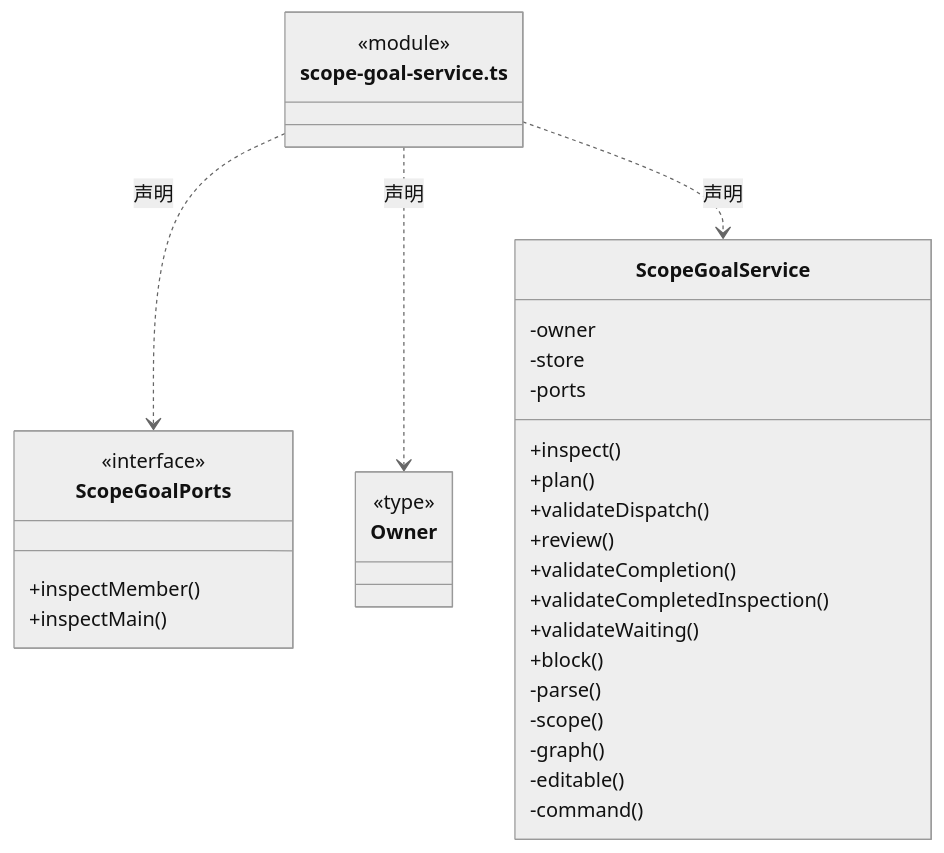
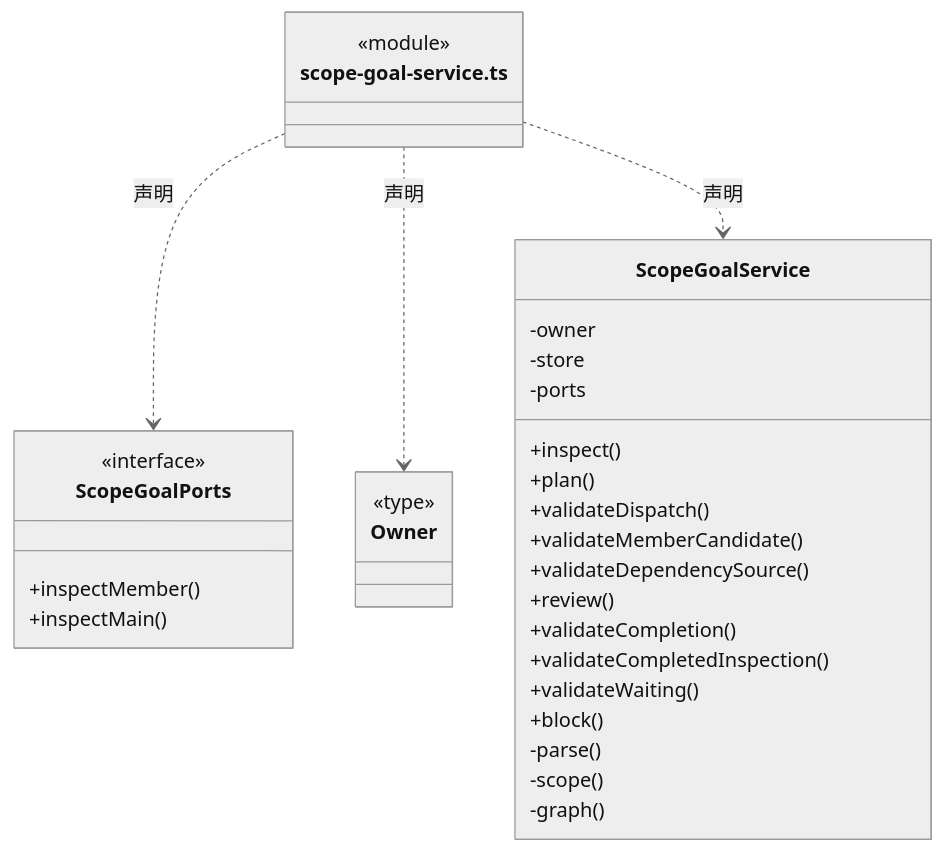
Diagram 32 of 50 in src/backend/scheduler-engine/execution/ARCHITECTURE.md (nan023062/cbim), drawn with Mermaid (neutral theme) before and after one commit. The commit also changed other lines of this file and 53 other files, not shown here.

````diff
--- a/src/backend/scheduler-engine/execution/ARCHITECTURE.md
+++ b/src/backend/scheduler-engine/execution/ARCHITECTURE.md
@@ -805,36 +826,36 @@
 ```mermaid
 classDiagram
 class N_src_backend_scheduler_engine_execution_scope_goal_service_ts["scope-goal-service.ts"] {
   <<module>>
 }
 class N_src_backend_scheduler_engine_execution_scope_goal_service_ts_ScopeGoalPorts["ScopeGoalPorts"] {
   <<interface>>
   +inspectMember()
   +inspectMain()
 }
 N_src_backend_scheduler_engine_execution_scope_goal_service_ts ..> N_src_backend_scheduler_engine_execution_scope_goal_service_ts_ScopeGoalPorts : 声明
 class N_src_backend_scheduler_engine_execution_scope_goal_service_ts_Owner["Owner"] {
   <<type>>
 
 }
 N_src_backend_scheduler_engine_execution_scope_goal_service_ts ..> N_src_backend_scheduler_engine_execution_scope_goal_service_ts_Owner : 声明
 class N_src_backend_scheduler_engine_execution_scope_goal_service_ts_ScopeGoalService["ScopeGoalService"] {
   +inspect()
   +plan()
   +validateDispatch()
+  +validateMemberCandidate()
+  +validateDependencySource()
   +review()
   +validateCompletion()
   +validateCompletedInspection()
   +validateWaiting()
   +block()
   -owner
   -store
   -ports
   -parse()
   -scope()
   -graph()
-  -editable()
-  -command()
 }
 N_src_backend_scheduler_engine_execution_scope_goal_service_ts ..> N_src_backend_scheduler_engine_execution_scope_goal_service_ts_ScopeGoalService : 声明
 ```
````
